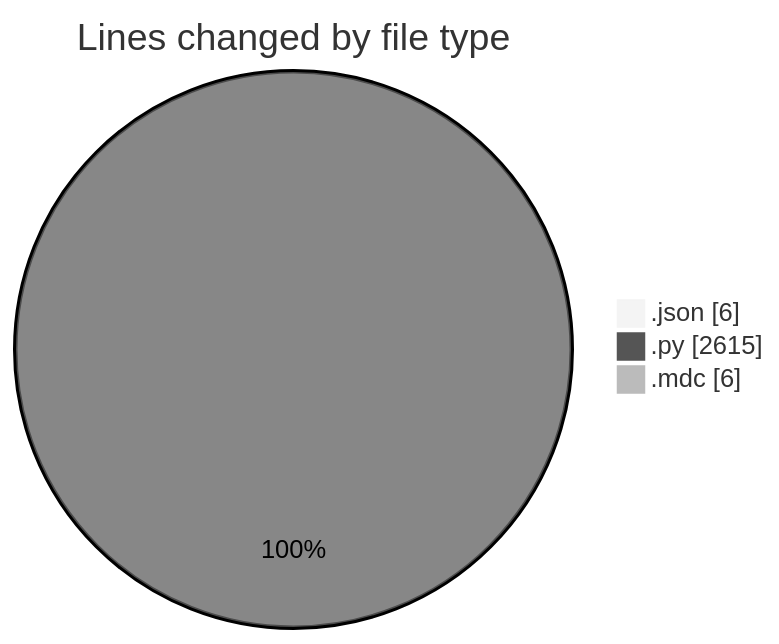
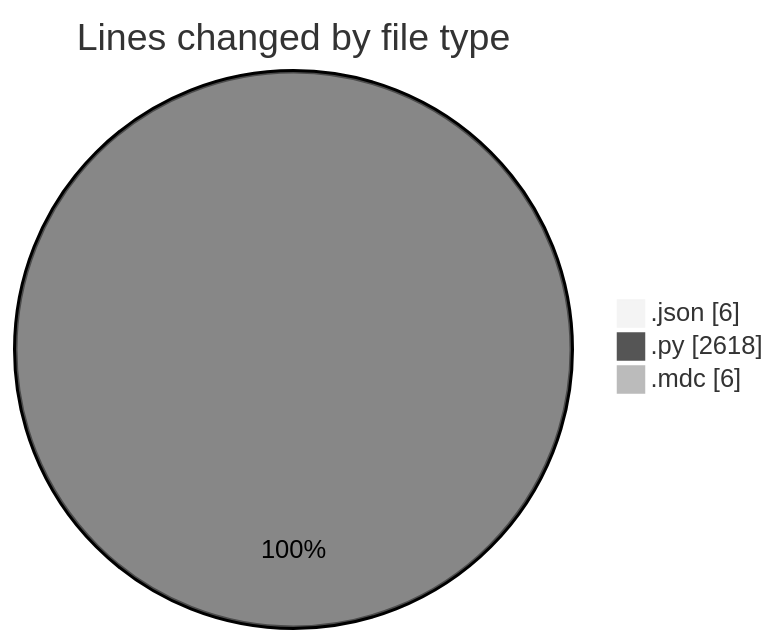
One commit to jrari/code-tracking changed the first of 2 diagrams in 2025-07-16/telebot/README.md. Above: the diagram before and after it, drawn with Mermaid (neutral theme). The commit also changed other lines of this file and 1 other file, not shown here.

````diff
--- a/2025-07-16/telebot/README.md
+++ b/2025-07-16/telebot/README.md
@@ -24,7 +24,7 @@
 ```mermaid
 pie showData
 title Lines changed by file type
 ".json" : 6
-".py" : 2615
+".py" : 2618
 ".mdc" : 6
 ```
````
